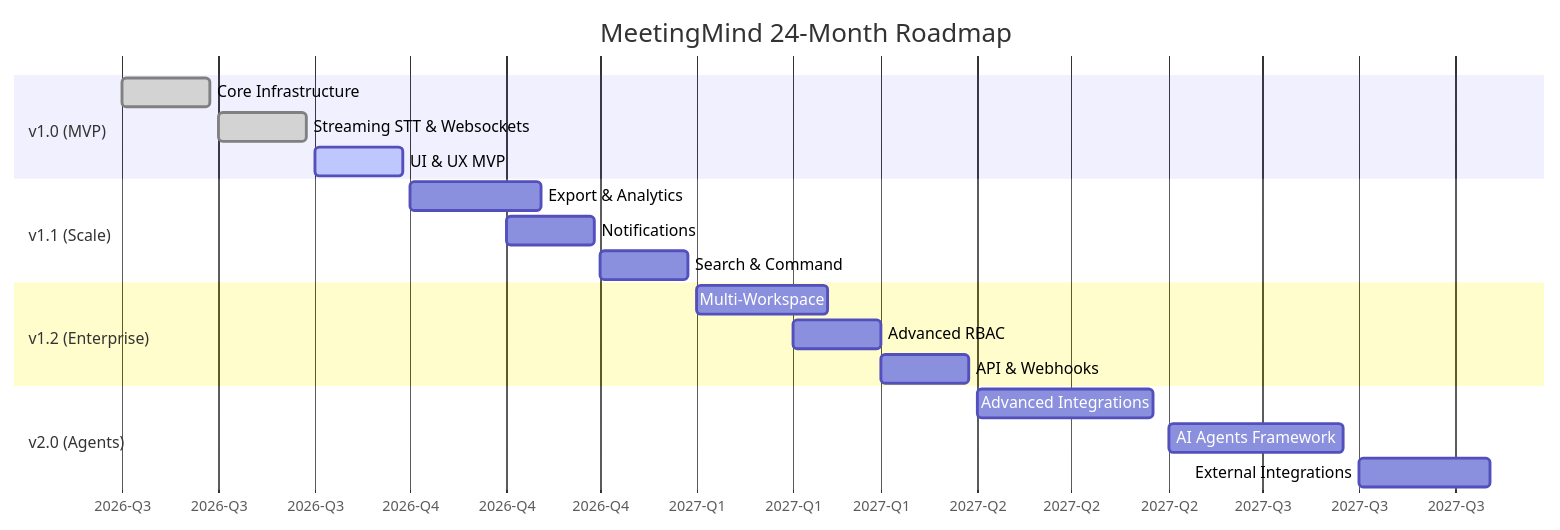
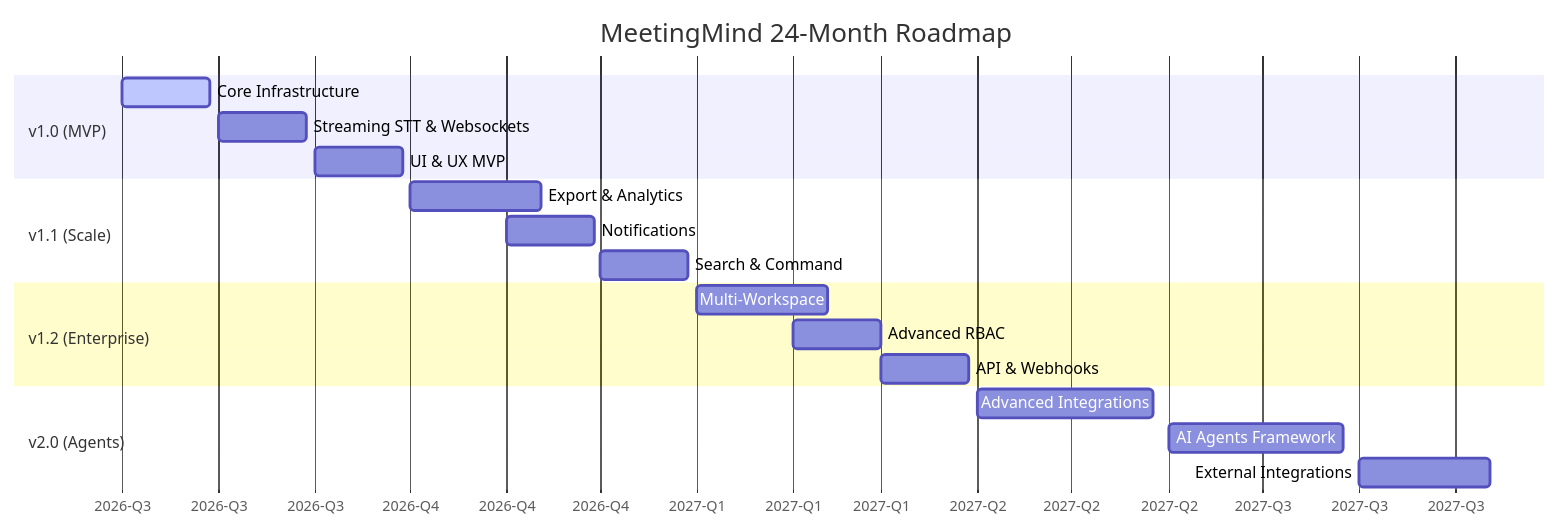
One commit to rudrabhavsar7/MeetingMind changed the diagram in 00-project/roadmap.md. Above: the diagram before and after it, drawn with Mermaid. The commit also changed other lines of this file and 68 other files, not shown here.

````diff
--- a/00-project/roadmap.md
+++ b/00-project/roadmap.md
@@ -19,26 +25,26 @@
 ```mermaid
 gantt
     title MeetingMind 24-Month Roadmap
     dateFormat  YYYY-MM
     axisFormat  %Y-Q%q
 
     section v1.0 (MVP)
-    Core Infrastructure   :done, 2026-07, 4w
-    Streaming STT & Websockets :done, 2026-08, 4w
-    UI & UX MVP           :active, 2026-09, 4w
+    Core Infrastructure   :active, 2026-07, 4w
+    Streaming STT & Websockets :2026-08, 4w
+    UI & UX MVP           :2026-09, 4w
 
     section v1.1 (Scale)
     Export & Analytics    :2026-10, 6w
     Notifications         :2026-11, 4w
     Search & Command      :2026-12, 4w
 
     section v1.2 (Enterprise)
     Multi-Workspace       :2027-01, 6w
     Advanced RBAC         :2027-02, 4w
     API & Webhooks        :2027-03, 4w
 
     section v2.0 (Agents)
     Advanced Integrations :2027-04, 8w
     AI Agents Framework   :2027-06, 8w
     External Integrations :2027-08, 6w
 ```
````
